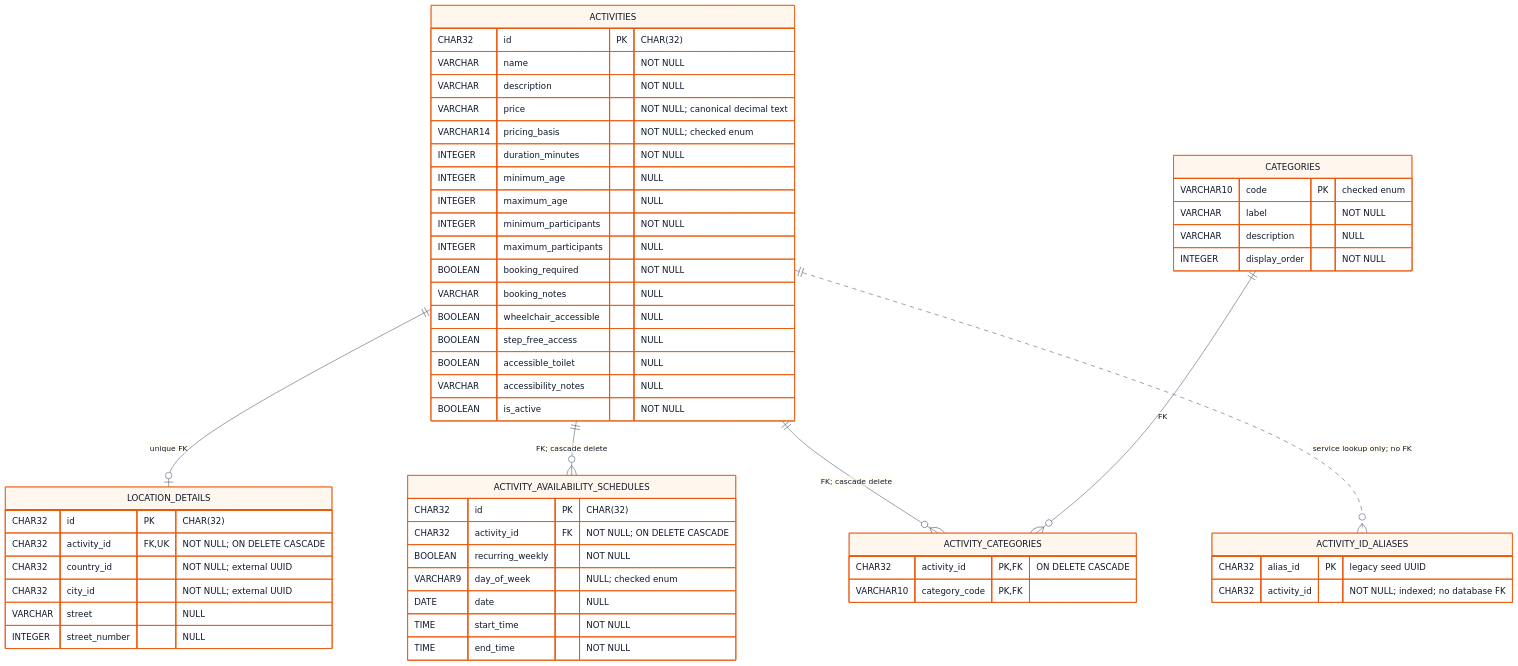
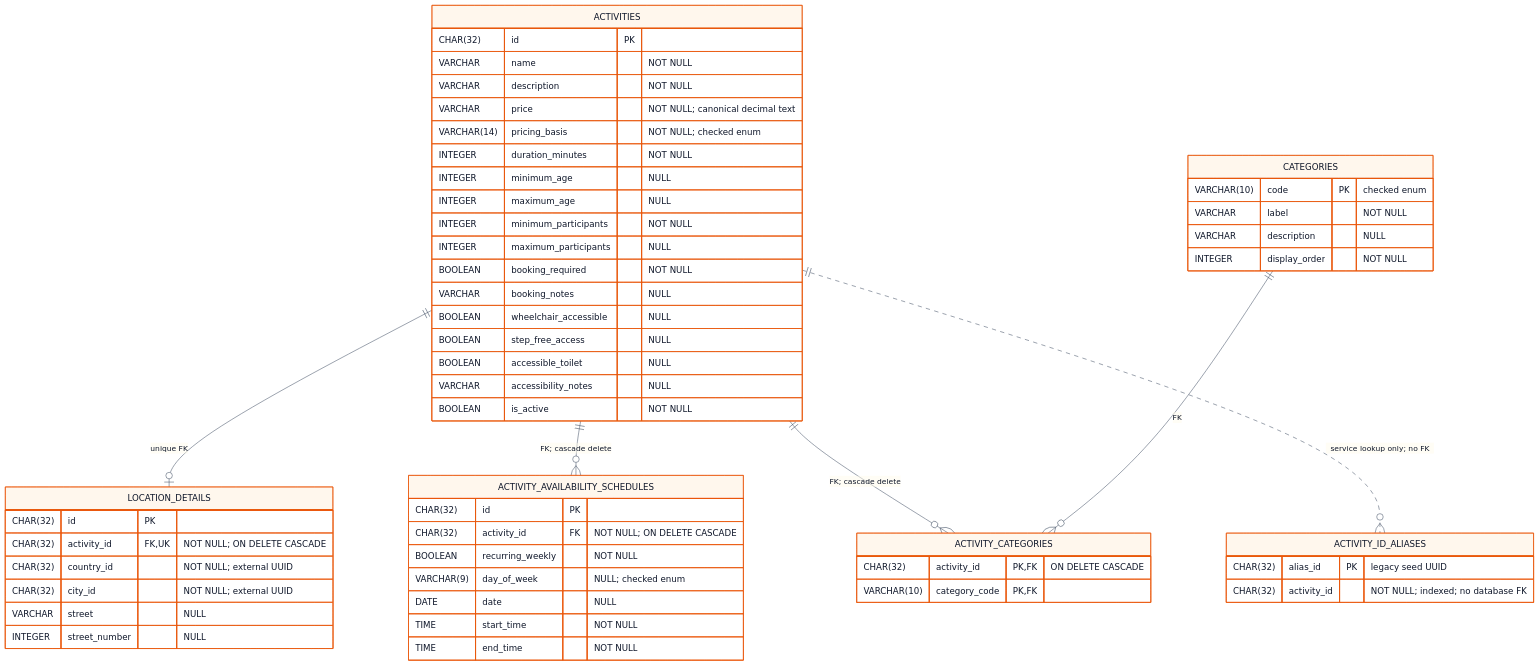
One commit to JulianKirk/TripGenie changed the diagram in docs/reports/release-0/Student4/DataDesign/physical.md. Above: the diagram before and after it, drawn with Mermaid. The commit also changed other lines of this file and 3 other files, not shown here.

````diff
--- a/docs/reports/release-0/Student4/DataDesign/physical.md
+++ b/docs/reports/release-0/Student4/DataDesign/physical.md
@@ -15,65 +15,65 @@
 ```mermaid
 %%{init: {"theme":"base","themeVariables":{"fontFamily":"Inter, ui-sans-serif, system-ui, sans-serif","primaryColor":"#fff7ed","primaryTextColor":"#0f172a","primaryBorderColor":"#ea580c","lineColor":"#475569","tertiaryColor":"#fffbeb"}}}%%
 erDiagram
     ACTIVITIES ||--o| LOCATION_DETAILS : "unique FK"
     ACTIVITIES ||--o{ ACTIVITY_AVAILABILITY_SCHEDULES : "FK; cascade delete"
     ACTIVITIES ||--o{ ACTIVITY_CATEGORIES : "FK; cascade delete"
     CATEGORIES ||--o{ ACTIVITY_CATEGORIES : "FK"
     ACTIVITIES ||..o{ ACTIVITY_ID_ALIASES : "service lookup only; no FK"
 
     ACTIVITIES {
-        CHAR32 id PK "CHAR(32)"
+        CHAR(32) id PK
         VARCHAR name "NOT NULL"
         VARCHAR description "NOT NULL"
         VARCHAR price "NOT NULL; canonical decimal text"
-        VARCHAR14 pricing_basis "NOT NULL; checked enum"
+        VARCHAR(14) pricing_basis "NOT NULL; checked enum"
         INTEGER duration_minutes "NOT NULL"
         INTEGER minimum_age "NULL"
         INTEGER maximum_age "NULL"
         INTEGER minimum_participants "NOT NULL"
         INTEGER maximum_participants "NULL"
         BOOLEAN booking_required "NOT NULL"
         VARCHAR booking_notes "NULL"
         BOOLEAN wheelchair_accessible "NULL"
         BOOLEAN step_free_access "NULL"
         BOOLEAN accessible_toilet "NULL"
         VARCHAR accessibility_notes "NULL"
         BOOLEAN is_active "NOT NULL"
     }
 
     LOCATION_DETAILS {
-        CHAR32 id PK "CHAR(32)"
-        CHAR32 activity_id FK,UK "NOT NULL; ON DELETE CASCADE"
-        CHAR32 country_id "NOT NULL; external UUID"
-        CHAR32 city_id "NOT NULL; external UUID"
+        CHAR(32) id PK
+        CHAR(32) activity_id FK,UK "NOT NULL; ON DELETE CASCADE"
+        CHAR(32) country_id "NOT NULL; external UUID"
+        CHAR(32) city_id "NOT NULL; external UUID"
         VARCHAR street "NULL"
         INTEGER street_number "NULL"
     }
 
     CATEGORIES {
-        VARCHAR10 code PK "checked enum"
+        VARCHAR(10) code PK "checked enum"
         VARCHAR label "NOT NULL"
         VARCHAR description "NULL"
         INTEGER display_order "NOT NULL"
     }
 
     ACTIVITY_CATEGORIES {
-        CHAR32 activity_id PK,FK "ON DELETE CASCADE"
-        VARCHAR10 category_code PK,FK
+        CHAR(32) activity_id PK,FK "ON DELETE CASCADE"
+        VARCHAR(10) category_code PK,FK
     }
 
     ACTIVITY_AVAILABILITY_SCHEDULES {
-        CHAR32 id PK "CHAR(32)"
-        CHAR32 activity_id FK "NOT NULL; ON DELETE CASCADE"
+        CHAR(32) id PK
+        CHAR(32) activity_id FK "NOT NULL; ON DELETE CASCADE"
         BOOLEAN recurring_weekly "NOT NULL"
-        VARCHAR9 day_of_week "NULL; checked enum"
+        VARCHAR(9) day_of_week "NULL; checked enum"
         DATE date "NULL"
         TIME start_time "NOT NULL"
         TIME end_time "NOT NULL"
     }
 
     ACTIVITY_ID_ALIASES {
-        CHAR32 alias_id PK "legacy seed UUID"
-        CHAR32 activity_id "NOT NULL; indexed; no database FK"
+        CHAR(32) alias_id PK "legacy seed UUID"
+        CHAR(32) activity_id "NOT NULL; indexed; no database FK"
     }
 ```
````
